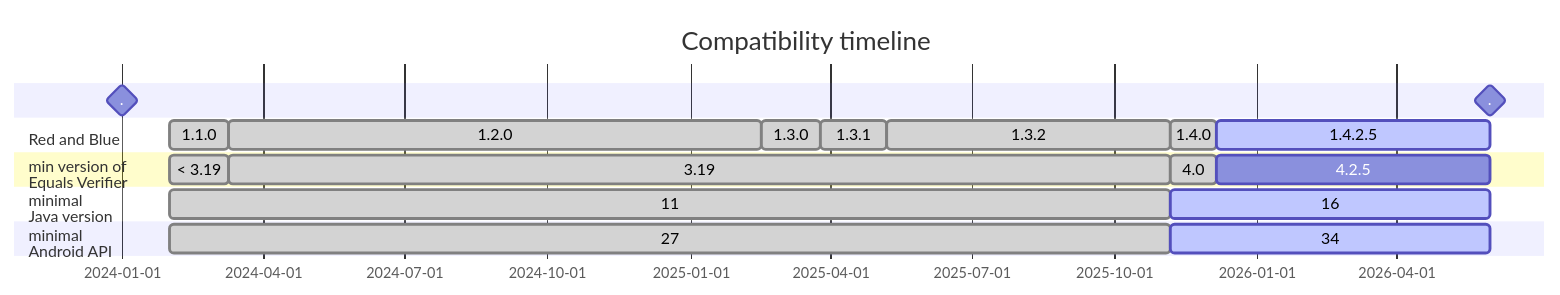
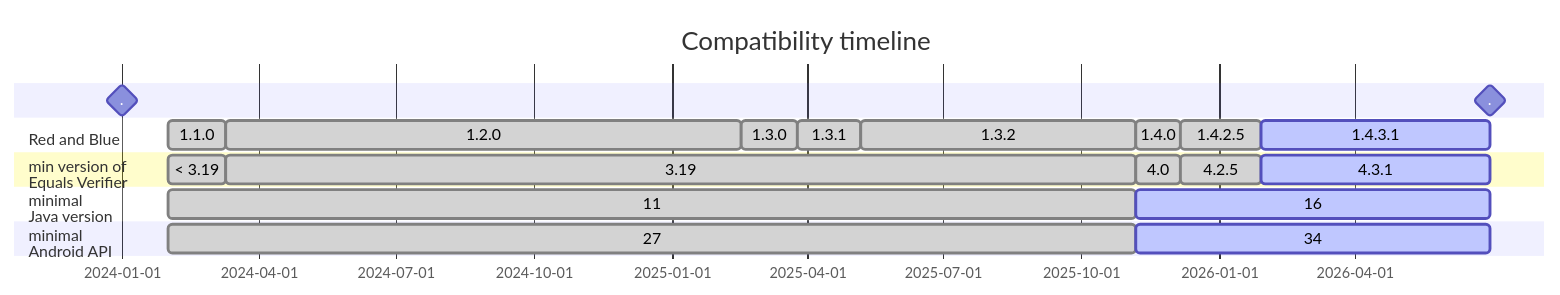
One commit to neboskreb/red-and-blue changed the diagram in doc/version-matching.md. Above: the diagram before and after it, drawn with Mermaid. The commit also changed other lines of this file and 1 other file, not shown here.

Commit message:
Documentation update on the version matching

````diff
--- a/doc/version-matching.md
+++ b/doc/version-matching.md
@@ -32,35 +33,37 @@
 ```mermaid
 ---
 displayMode: compact
 ---
     gantt
         dateFormat  DD-MM-YYYY
         title       Compatibility timeline
 
         .                     :milestone,         diagram_start,   01-01-2024, 0d
-        .                     :milestone,         next_release,    31-05-2026, 0d
+        .                     :milestone,         next_release,    30-06-2026, 0d
         
     section Red and Blue
         1.1.0     :done,   rab110,    01-02-2024,   10-03-2024
         1.2.0     :done,   rab120,    after rab110, 16-02-2025
         1.3.0     :done,   rab130,    after rab120, 26-03-2025
         1.3.1     :done,   rab131,    after rab130, 07-05-2025
         1.3.2     :done,   rab132,    after rab131, 06-11-2025
         1.4.0     :done,   rab140,    after rab132, 06-12-2025
-        1.4.2.5   :active, rab1425,   after rab140, until next_release
+        1.4.2.5   :done,   rab1425,   after rab140, 29-01-2026
+        1.4.3.1   :active, rab1431,   after rab1425, until next_release
     
     section min version of<br>Equals Verifier
         < 3.19    :done,   ev317,     01-02-2024,   until rab120
         3.19      :done,   ev319,     after ev317,  until rab140
         4.0       :done,   ev40,      after ev319,  until rab1425
-        4.2.5     :active  ev425,     after ev40,   until next_release
+        4.2.5     :done,   ev425,     after ev40,   until rab1431
+        4.3.1     :active, ev431,     after ev425,  until next_release
 
     
     section minimal<br>Java version
         11        :done,    java11,   01-02-2024,   until rab140
         16        :active,  java16,   after java11, until next_release
 
     section minimal<br>Android API
         27        :done,    api27,    01-02-2024,   until rab140
         34        :active,  api34,    after api27,  until next_release
 ```
````
